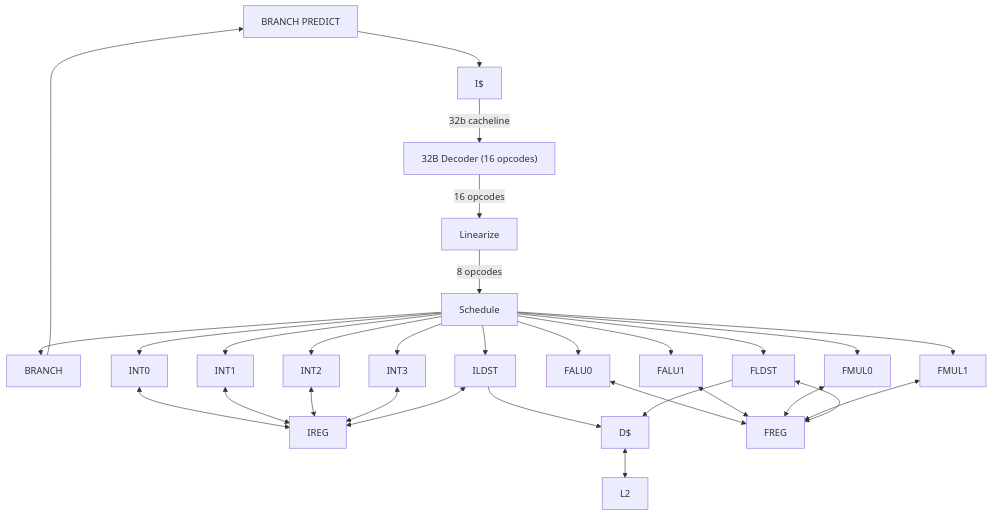
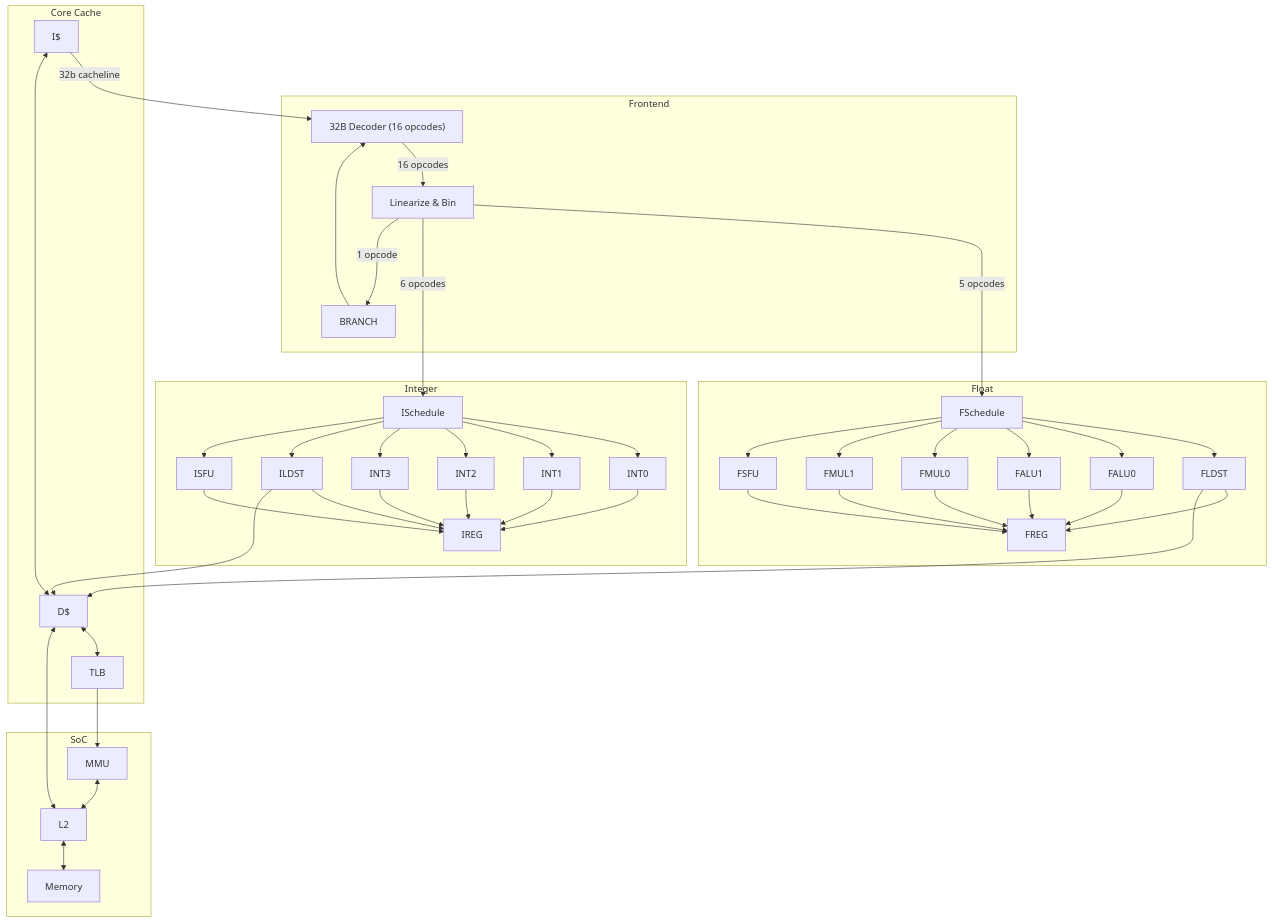
Before and after one commit to skylersaleh/GreyFox: the diagram in docs/GREYFOX_ARCH.md, drawn with Mermaid.

Commit message:
Updated block diagram

````diff
--- a/docs/GREYFOX_ARCH.md
+++ b/docs/GREYFOX_ARCH.md
@@ -9,15 +9,35 @@
 ```mermaid
-flowchart TD
-    BRANCHP --> I$
-    BRANCH --> BRANCHP[BRANCH PREDICT]
+graph TD
+    subgraph Frontend
+        Decoder
+        Linearize
+        BRANCH-->Decoder
+    end
 
-    A["32B Decoder (16 opcodes)"] -->|16 opcodes| Linearize
-    Linearize --> |8 opcodes| Schedule
-    Schedule --> BRANCH & INT0 & INT1 & INT2 & INT3 &  ILDST & FLDST & FALU0 & FALU1 & FMUL0 & FMUL1 
-    INT0 & INT1 & INT2 & INT3 & ILDST <--> IREG
-    ILDST & FLDST --> D$
+    Decoder["32B Decoder (16 opcodes)"] -->|16 opcodes| Linearize[Linearize & Bin]
+    Linearize ----> |5 opcodes| FSchedule 
+    Linearize --> |6 opcodes| ISchedule
+    Linearize ---> |1 opcode| BRANCH
+    subgraph Integer
+        ISchedule --> INT0 & INT1 & INT2 & INT3 & ILDST & ISFU --> IREG
+    end
+    subgraph Float
+        FSchedule --> FLDST & FALU0 & FALU1 & FMUL0 & FMUL1 & FSFU -->FREG
+    end
+    subgraph Core Cache
+        I$
+        D$
+        D$<-->TLB
+    end
+    TLB-->MMU
 
-    FALU0 & FALU1 & FMUL0 & FMUL1 & FLDST <--> FREG
-    I$["I$"] --> |32b cacheline| A
-    D$ <--> L2
+    
+    ILDST & FLDST ---> D$
+
+    I$["I$"] --> |32b cacheline| Decoder
+    I$ <--> D$
+    subgraph SoC
+        D$ <--> L2 <--> Memory
+        MMU<-->L2
+    end
 ```
````
